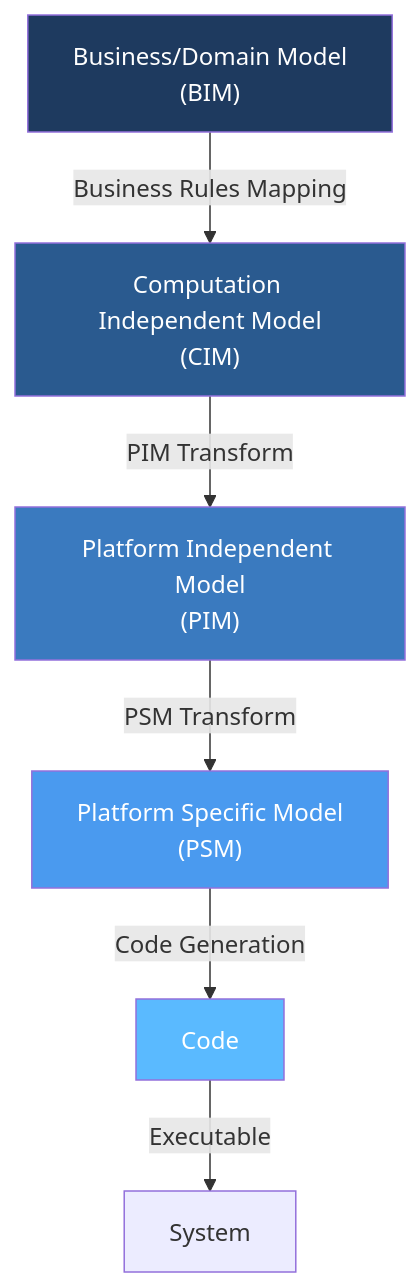
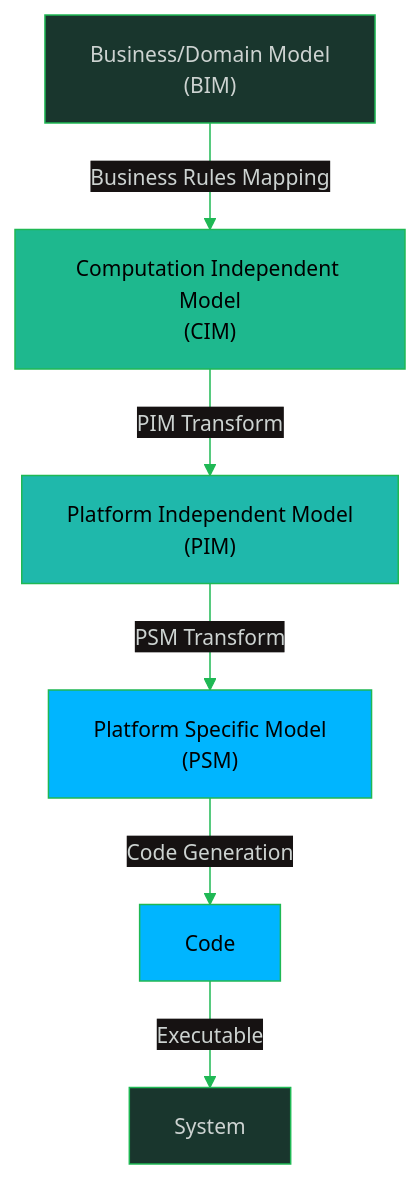
Before and after one commit to oat431/swe-knowledge: the first of 9 diagrams in software-engineering-note/03_Software_Design/08_Model_Based_Design.md, drawn with Mermaid. The commit also changed other lines of this file and 116 other files, not shown here.

````diff
--- a/software-engineering-note/03_Software_Design/08_Model_Based_Design.md
+++ b/software-engineering-note/03_Software_Design/08_Model_Based_Design.md
@@ -57,14 +57,15 @@
 ```mermaid
+%%{init: {'theme':'base','themeVariables':{'primaryColor':'#19362D','primaryTextColor':'#CDD3D1','primaryBorderColor':'#1FB854','lineColor':'#1FB854','secondaryColor':'#161212','tertiaryColor':'#1B1717','background':'#1B1717','mainBkg':'#19362D','nodeBorder':'#1FB854','clusterBkg':'#161212','clusterBorder':'#19362D','titleColor':'#1FB854','edgeLabelBackground':'#161212','fontSize':'14px'}}}%%
 flowchart TD
     BIM["Business/Domain Model<br/>(BIM)"] -->|Business Rules Mapping| CIM
     CIM["Computation Independent Model<br/>(CIM)"] -->|PIM Transform| PIM
     PIM["Platform Independent Model<br/>(PIM)"] -->|PSM Transform| PSM
     PSM["Platform Specific Model<br/>(PSM)"] -->|Code Generation| Code
     Code -->|Executable| System
     
-    style BIM fill:#1e3a5f,color:#fff
-    style CIM fill:#2a5a8f,color:#fff
-    style PIM fill:#3a7abf,color:#fff
-    style PSM fill:#4a9aef,color:#fff
-    style Code fill:#5abaff,color:#fff
+    style BIM fill:#19362D,color:#CDD3D1
+    style CIM fill:#1EB88E,color:#000000
+    style PIM fill:#1FB8AB,color:#000000
+    style PSM fill:#00B5FF,color:#000000
+    style Code fill:#00B5FF,color:#000000
 ```
````
